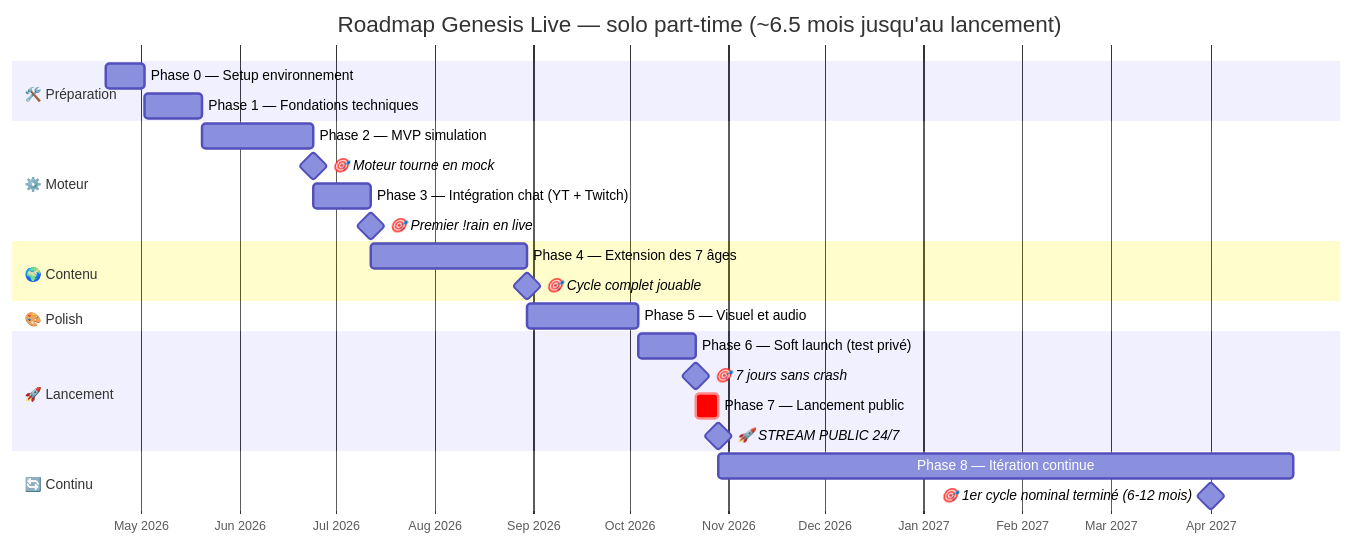
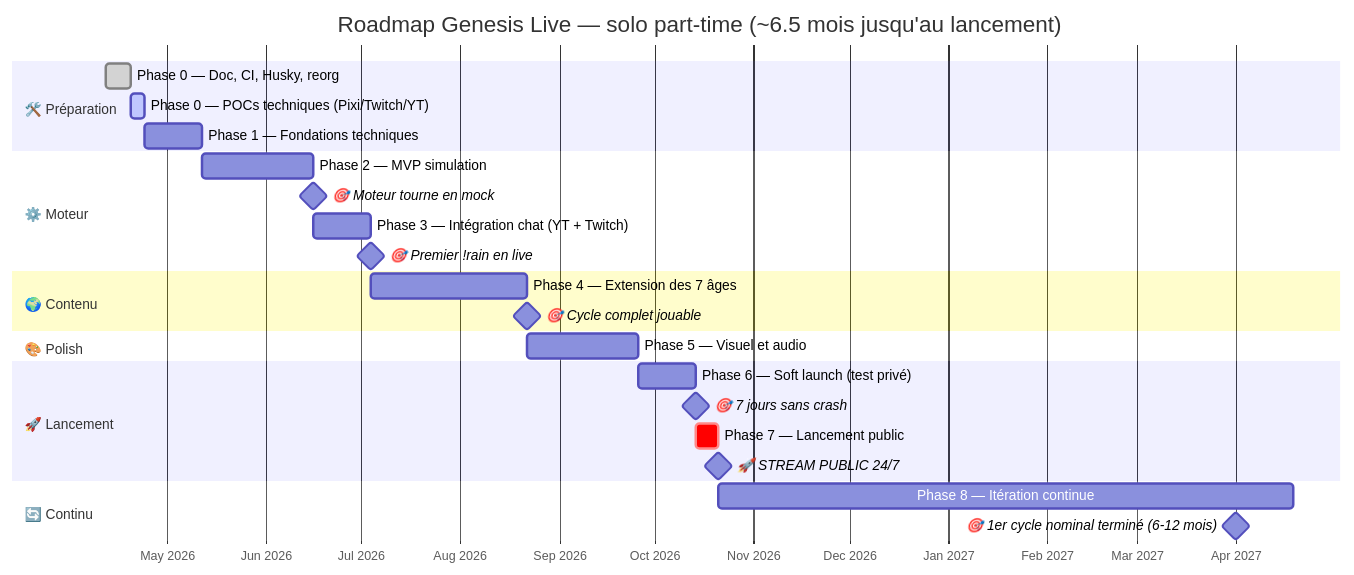
The first of 3 diagrams in docs/roadmap.md (mrks2/Genesis-Live), drawn with Mermaid before and after one commit. The commit also changed other lines of this file, not shown here.

Commit message:
docs: marquer l'avancement réel de la Phase 0

````diff
--- a/docs/roadmap.md
+++ b/docs/roadmap.md
@@ -32,33 +32,34 @@
 ```mermaid
 gantt
     title Roadmap Genesis Live — solo part-time (~6.5 mois jusqu'au lancement)
     dateFormat YYYY-MM-DD
     axisFormat %b %Y
 
     section 🛠️ Préparation
-    Phase 0 — Setup environnement            :p0, 2026-04-20, 12d
-    Phase 1 — Fondations techniques          :p1, after p0, 18d
+    Phase 0 — Doc, CI, Husky, reorg          :done, p0a, 2026-04-12, 8d
+    Phase 0 — POCs techniques (Pixi/Twitch/YT) :active, p0b, after p0a, 4d
+    Phase 1 — Fondations techniques          :p1, after p0b, 18d
 
     section ⚙️ Moteur
     Phase 2 — MVP simulation                  :p2, after p1, 35d
     🎯 Moteur tourne en mock                 :milestone, m1, after p2, 0d
     Phase 3 — Intégration chat (YT + Twitch) :p3, after p2, 18d
     🎯 Premier !rain en live                 :milestone, m2, after p3, 0d
 
     section 🌍 Contenu
     Phase 4 — Extension des 7 âges            :p4, after p3, 49d
     🎯 Cycle complet jouable                  :milestone, m3, after p4, 0d
 
     section 🎨 Polish
     Phase 5 — Visuel et audio                 :p5, after p4, 35d
 
     section 🚀 Lancement
     Phase 6 — Soft launch (test privé)        :p6, after p5, 18d
     🎯 7 jours sans crash                    :milestone, m4, after p6, 0d
     Phase 7 — Lancement public                :crit, p7, after p6, 7d
     🚀 STREAM PUBLIC 24/7                    :milestone, m5, after p7, 0d
 
     section 🔄 Continu
     Phase 8 — Itération continue              :p8, after p7, 180d
     🎯 1er cycle nominal terminé (6-12 mois) :milestone, m6, 2027-04-01, 0d
 ```
````
